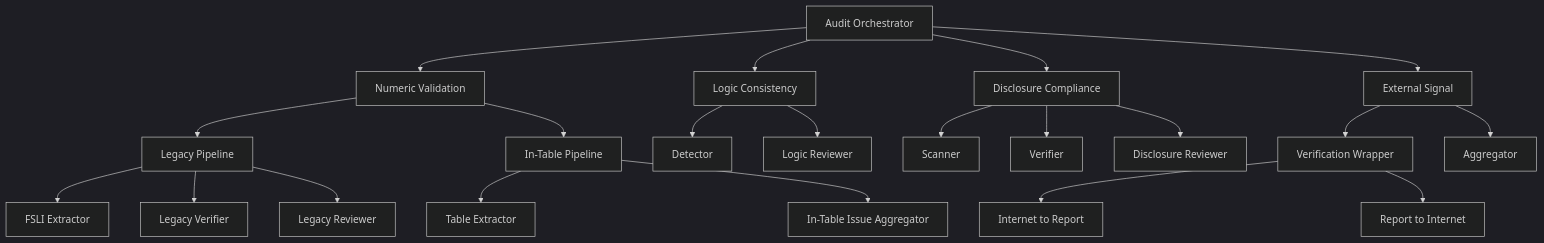
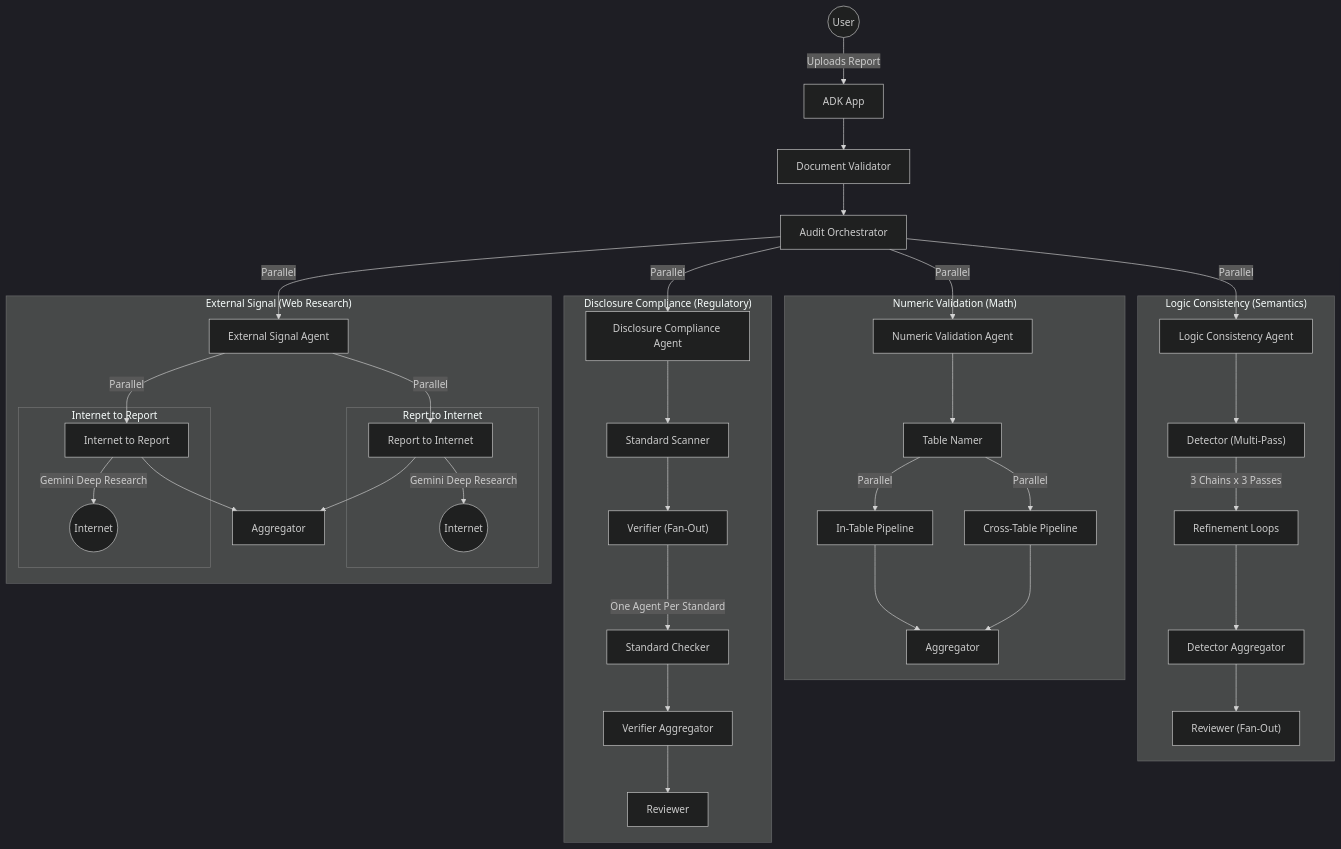
The first of 6 diagrams in backend/agents/README.md (ogasimli/veritas-ai), drawn with Mermaid (dark theme) before and after one commit. The commit also changed other lines of this file, not shown here.

````diff
--- a/backend/agents/README.md
+++ b/backend/agents/README.md
@@ -20,30 +15,55 @@
 ```mermaid
 graph TD
-    Root[Audit Orchestrator] --> NV[Numeric Validation]
-    Root --> LC[Logic Consistency]
-    Root --> DC[Disclosure Compliance]
-    Root --> ES[External Signal]
+    User((User)) -->|Uploads Report| App[ADK App]
+    App --> Validator[Document Validator]
+    Validator --> Orchestrator[Audit Orchestrator]
 
-    NV --> NV_Legacy[Legacy Pipeline]
-    NV --> NV_InTable[In-Table Pipeline]
+    %% Main Parallel Execution
+    Orchestrator -->|Parallel| NV[Numeric Validation Agent]
+    Orchestrator -->|Parallel| LC[Logic Consistency Agent]
+    Orchestrator -->|Parallel| DC[Disclosure Compliance Agent]
+    Orchestrator -->|Parallel| ES[External Signal Agent]
 
-    NV_Legacy --> NV_Ext[FSLI Extractor]
-    NV_Legacy --> NV_Ver[Legacy Verifier]
-    NV_Legacy --> NV_Rev[Legacy Reviewer]
+    %% Numeric Validation Pipeline
+    subgraph "Numeric Validation (Math)"
+        NV --> NV_Namer[Table Namer]
+        NV_Namer -->|Parallel| NV_InTable[In-Table Pipeline]
+        NV_Namer -->|Parallel| NV_CrossTable[Cross-Table Pipeline]
+        NV_InTable --> NV_Agg[Aggregator]
+        NV_CrossTable --> NV_Agg
+    end
 
-    NV_InTable --> NV_TabExt[Table Extractor]
-    NV_InTable --> NV_TabAgg[In-Table Issue Aggregator]
+    %% Logic Consistency Pipeline
+    subgraph "Logic Consistency (Semantics)"
+        LC --> LC_Detector["Detector (Multi-Pass)"]
+        LC_Detector -->|3 Chains x 3 Passes| LC_Refine[Refinement Loops]
+        LC_Refine --> LC_DetAgg[Detector Aggregator]
+        LC_DetAgg --> LC_Reviewer["Reviewer (Fan-Out)"]
+    end
 
-    LC --> LC_Det[Detector]
-    LC --> LC_Rev[Logic Reviewer]
+    %% Disclosure Compliance Pipeline
+    subgraph "Disclosure Compliance (Regulatory)"
+        DC --> DC_Scanner[Standard Scanner]
+        DC_Scanner --> DC_Verifier["Verifier (Fan-Out)"]
+        DC_Verifier -->|One Agent Per Standard| DC_Check[Standard Checker]
+        DC_Check --> DC_VerAgg[Verifier Aggregator]
+        DC_VerAgg --> DC_Reviewer[Reviewer]
+    end
 
-    DC --> DC_Scan[Scanner]
-    DC --> DC_Ver[Verifier]
-    DC --> DC_Rev[Disclosure Reviewer]
+    %% External Signal Pipeline
+    subgraph "External Signal (Web Research)"
+        ES --> |Parallel| RTI[Report to Internet]
+        ES --> |Parallel| ITR[Internet to Report ]
+        
+        subgraph "Reprt to Internet"
+            RTI --> |Gemini Deep Research| Web_RTI((Internet))
+        end
 
-    ES --> ES_Verif[Verification Wrapper]
-    ES --> ES_Agg[Aggregator]
+        subgraph "Internet to Report"
+            ITR --> |Gemini Deep Research| Web_ITR((Internet))
+        end
 
-    ES_Verif --> ES_ITR[Internet to Report]
-    ES_Verif --> ES_RTI[Report to Internet]
+        RTI --> ES_Agg[Aggregator]
+        ITR --> ES_Agg[Aggregator]
+    end
 ```
````
